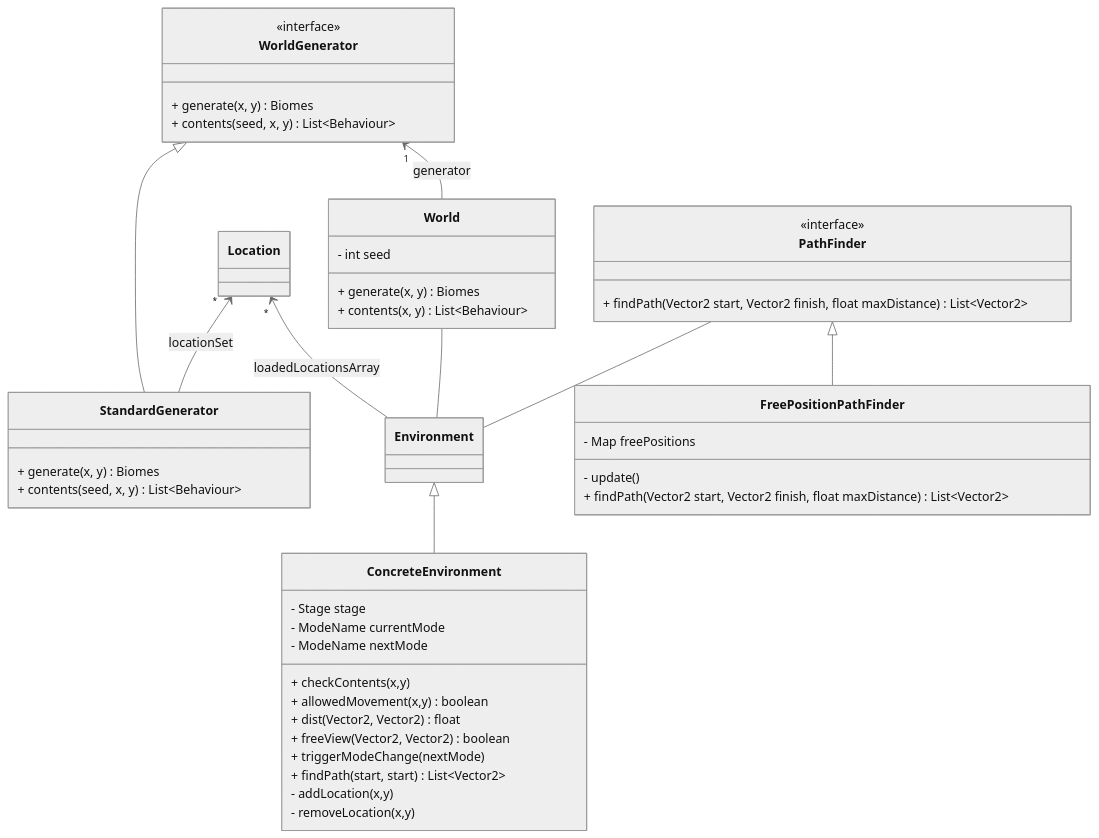
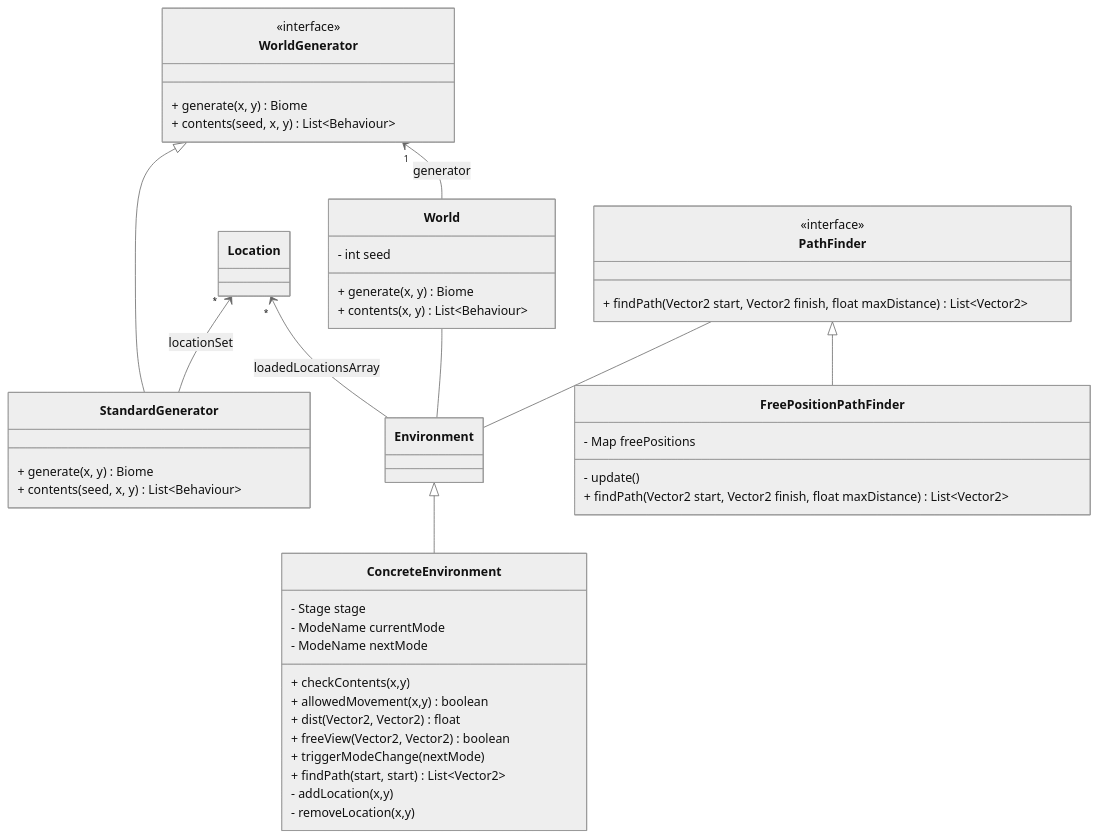
One commit to StrangeClone/GreatGame changed diagram 27 of 37 in documentation/Version_0_1.md. Above: the diagram before and after it, drawn with Mermaid (neutral theme). The commit also changed other lines of this file and 16 other files, not shown here.

````diff
--- a/documentation/Version_0_1.md
+++ b/documentation/Version_0_1.md
@@ -1149,47 +1158,47 @@
 ```mermaid
 classDiagram
     class World {
         - int seed
-        + generate(x, y) Biomes
+        + generate(x, y) Biome
         + contents(x, y) List~Behaviour~
     }
     class WorldGenerator {
         <<interface>>
-        + generate(x, y) Biomes
+        + generate(x, y) Biome
         + contents(seed, x, y) List~Behaviour~
     }
     WorldGenerator <|-- StandardGenerator
     Location "*" <-- StandardGenerator : locationSet
     Location "*" <-- Environment : loadedLocationsArray
     WorldGenerator "1" <-- World : generator
     class StandardGenerator {
-        + generate(x, y) Biomes
+        + generate(x, y) Biome
         + contents(seed, x, y) List~Behaviour~
     }
     class ConcreteEnvironment {
         - Stage stage
         - ModeName currentMode
         - ModeName nextMode
         + checkContents(x,y)
         + allowedMovement(x,y) boolean
         + dist(Vector2, Vector2) float
         + freeView(Vector2, Vector2) boolean
         + triggerModeChange(nextMode)
         + findPath(start, start) List~Vector2~
         - addLocation(x,y)
         - removeLocation(x,y)
     }
     Environment <|-- ConcreteEnvironment
     World -- Environment
     class PathFinder {
         <<interface>>
         + findPath(Vector2 start, Vector2 finish, float maxDistance) List~Vector2~
     }
     PathFinder -- Environment
     class FreePositionPathFinder {
         - Map<Vector2,boolean> freePositions
         - update()
         + findPath(Vector2 start, Vector2 finish, float maxDistance) List~Vector2~
     }
     PathFinder <|-- FreePositionPathFinder
 ```
````
